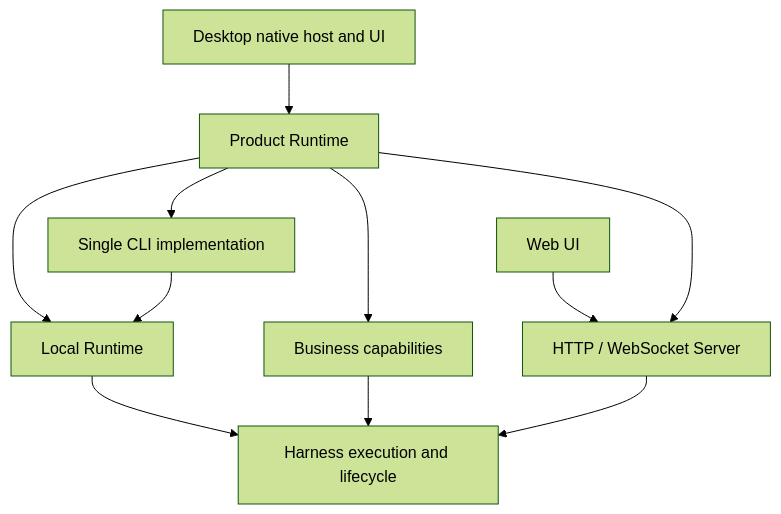
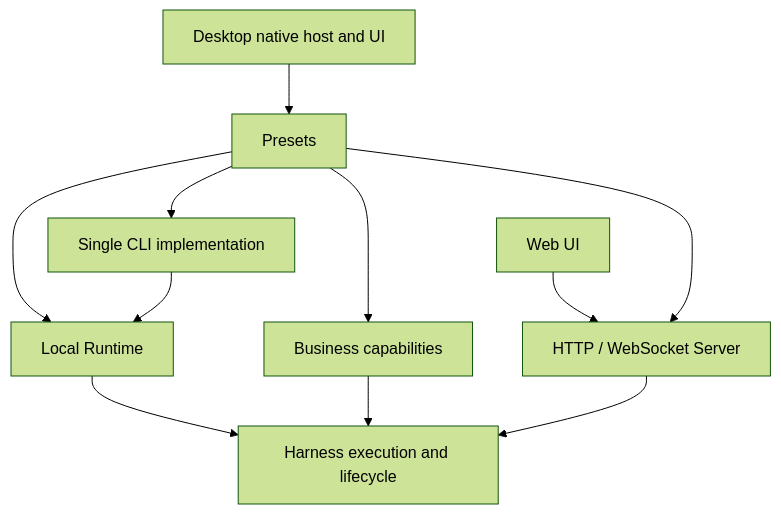
Before and after one commit to SII-Holos/synergy: the diagram in docs/architecture/README.md, drawn with Mermaid (forest theme). The commit also changed other lines of this file and 424 other files, not shown here.

First line of the commit message:
refactor: compose full presets through the generic runtime

````diff
--- a/docs/architecture/README.md
+++ b/docs/architecture/README.md
@@ -46,13 +46,13 @@
 ```mermaid
 flowchart TD
-  Desktop[Desktop native host and UI] --> Product[Product Runtime]
+  Desktop[Desktop native host and UI] --> Product[Presets]
   Web[Web UI] --> Server[HTTP / WebSocket Server]
   Product --> CLI[Single CLI implementation]
   Product --> Server
   Product --> Domains[Business capabilities]
   Product --> Local[Local Runtime]
   CLI --> Local
   Local --> Harness[Harness execution and lifecycle]
   Domains --> Harness
   Server --> Harness
 ```
````
